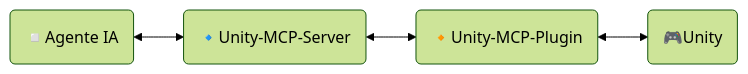
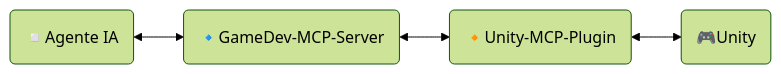
The first of 2 diagrams in docs/dev/Development.es.md (IvanMurzak/Unity-MCP), drawn with Mermaid (forest theme) before and after one commit. The commit also changed other lines of this file and 67 other files, not shown here.

First line of the commit message:
Consume shared GameDev-MCP-Server v8.0.0; remove in-repo server (#820) (#821)

````diff
--- a/docs/dev/Development.es.md
+++ b/docs/dev/Development.es.md
@@ -146,12 +145,12 @@
 ```mermaid
 graph LR
   A(◽Agente IA)
-  B(🔹Unity-MCP-Server)
+  B(🔹GameDev-MCP-Server)
   C(🔸Unity-MCP-Plugin)
   D(🎮Unity)
 
   %% Relaciones
   A <--> B
   B <--> C
   C <--> D
 ```
````
